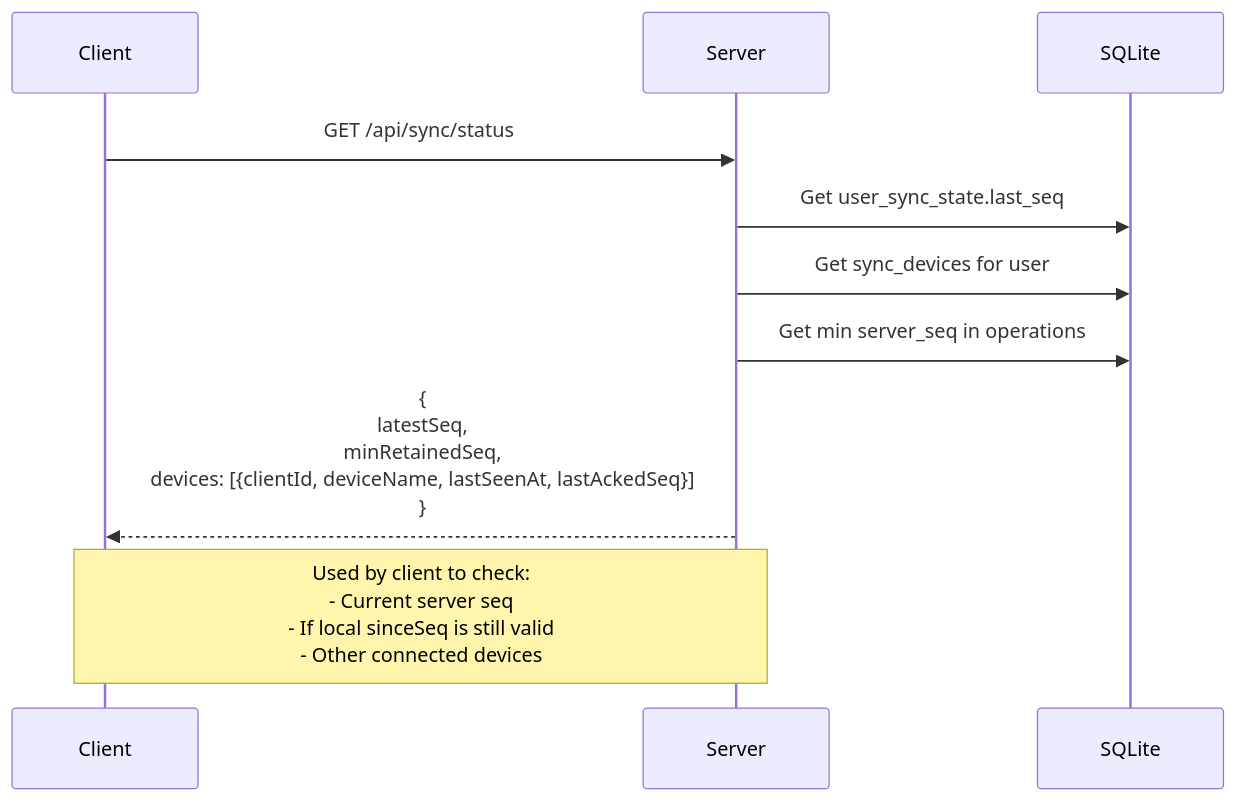
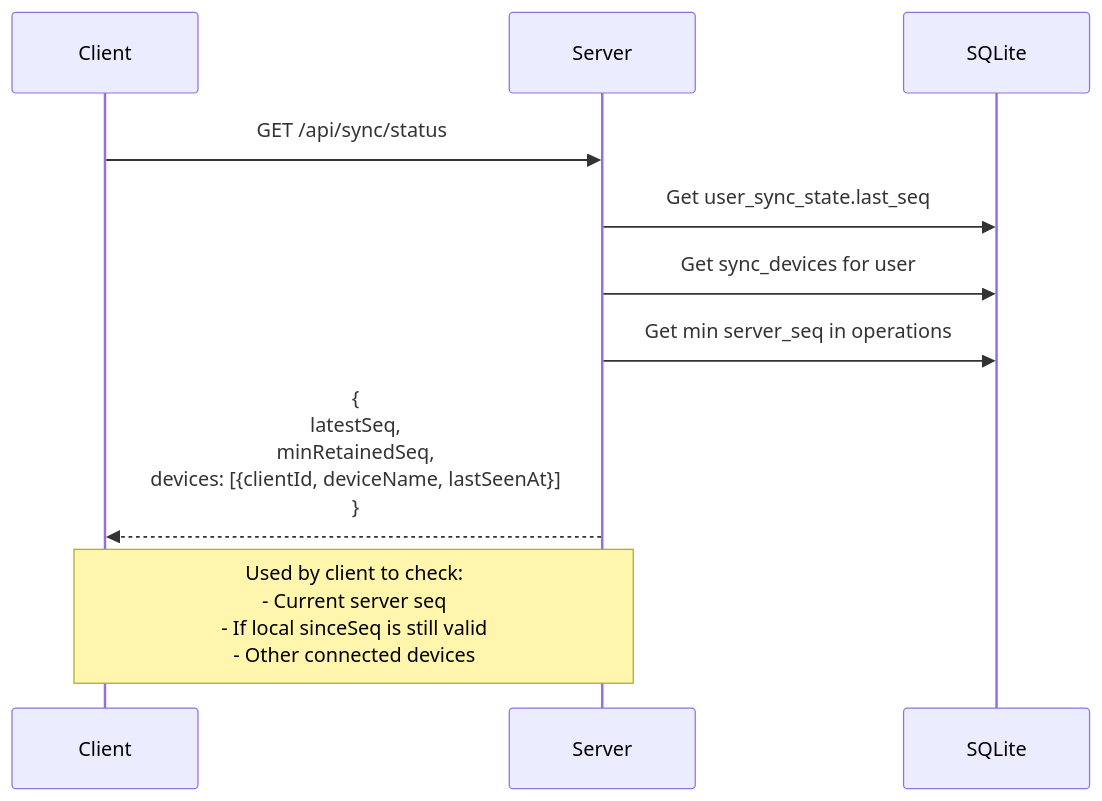
One commit to johannesjo/super-productivity changed diagram 14 of 26 in packages/super-sync-server/sync-server-architecture-diagrams.md. Above: the diagram before and after it, drawn with Mermaid. The commit also changed other lines of this file and 12 other files, not shown here.

````diff
--- a/packages/super-sync-server/sync-server-architecture-diagrams.md
+++ b/packages/super-sync-server/sync-server-architecture-diagrams.md
@@ -453,16 +450,16 @@
 ```mermaid
 sequenceDiagram
     participant Client
     participant Server
     participant DB as SQLite
 
     Client->>Server: GET /api/sync/status
 
     Server->>DB: Get user_sync_state.last_seq
     Server->>DB: Get sync_devices for user
     Server->>DB: Get min server_seq in operations
 
-    Server-->>Client: {<br/>  latestSeq,<br/>  minRetainedSeq,<br/>  devices: [{clientId, deviceName, lastSeenAt, lastAckedSeq}]<br/>}
+    Server-->>Client: {<br/>  latestSeq,<br/>  minRetainedSeq,<br/>  devices: [{clientId, deviceName, lastSeenAt}]<br/>}
 
     Note over Client,Server: Used by client to check:<br/>- Current server seq<br/>- If local sinceSeq is still valid<br/>- Other connected devices
 ```
````
